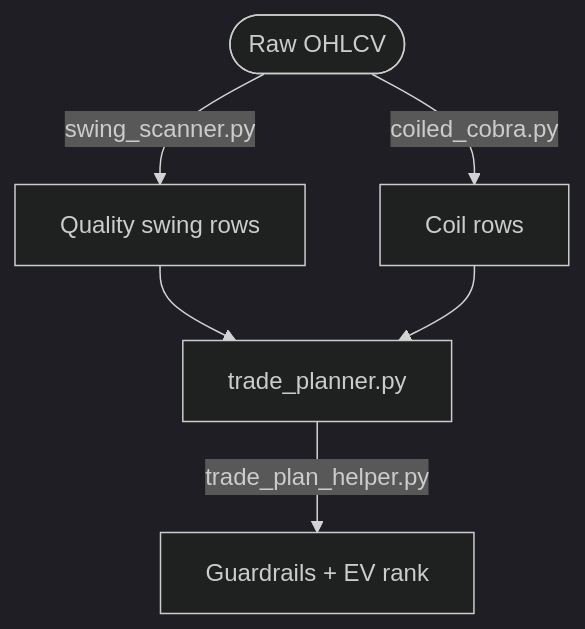
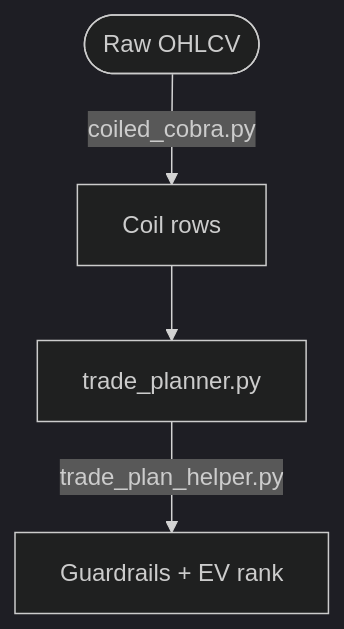
One commit to jigar3730/finance-vibe changed the diagram in docs/handbook/trade_plan_calculations.md. Above: the diagram before and after it, drawn with Mermaid (dark theme). The commit also changed other lines of this file and 44 other files, not shown here.

````diff
--- a/docs/handbook/trade_plan_calculations.md
+++ b/docs/handbook/trade_plan_calculations.md
@@ -20,9 +20,7 @@
 ```mermaid
 graph TD
     A([Raw OHLCV])
-    A -->|swing_scanner.py| B[Quality swing rows]
     A -->|coiled_cobra.py| C[Coil rows]
-    B --> D[trade_planner.py]
-    C --> D
+    C --> D[trade_planner.py]
     D -->|trade_plan_helper.py| E[Guardrails + EV rank]
 ```
````
